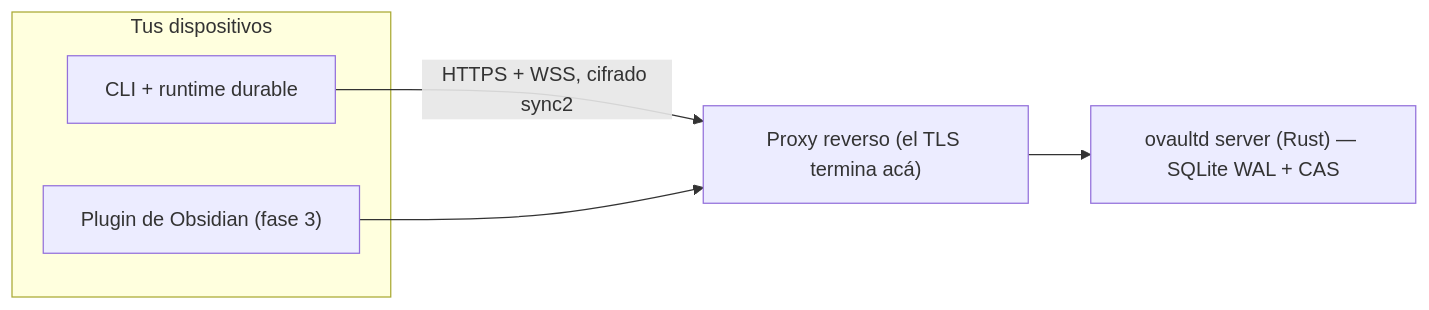
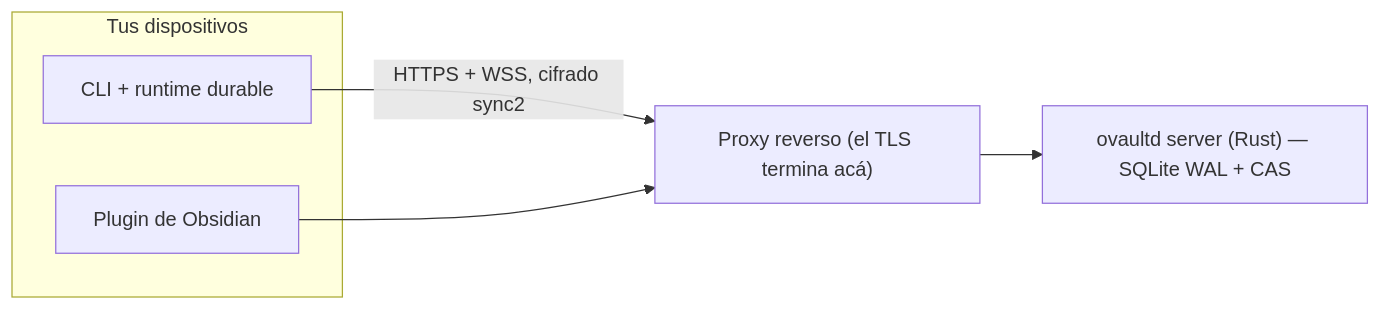
One commit to kastormdz/ovaultd changed the diagram in README.es.md. Above: the diagram before and after it, drawn with Mermaid. The commit also changed other lines of this file and 1 other file, not shown here.

````diff
--- a/README.es.md
+++ b/README.es.md
@@ -37,10 +26,10 @@
 ```mermaid
 flowchart LR
     subgraph devices [Tus dispositivos]
         CLI["CLI + runtime durable"]
-        P["Plugin de Obsidian (fase 3)"]
+        P["Plugin de Obsidian"]
     end
     CLI -- "HTTPS + WSS, cifrado sync2" --> RP["Proxy reverso (el TLS termina acá)"]
     P --> RP
     RP --> S["ovaultd server (Rust) — SQLite WAL + CAS"]
 ```
````
